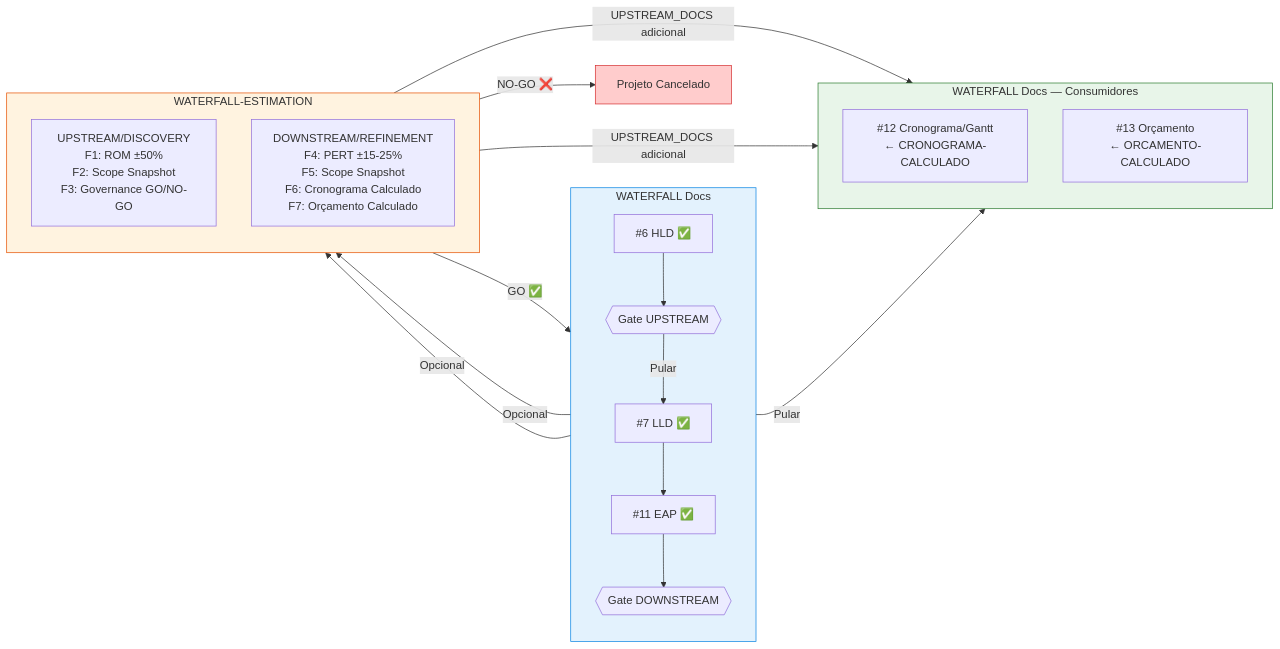
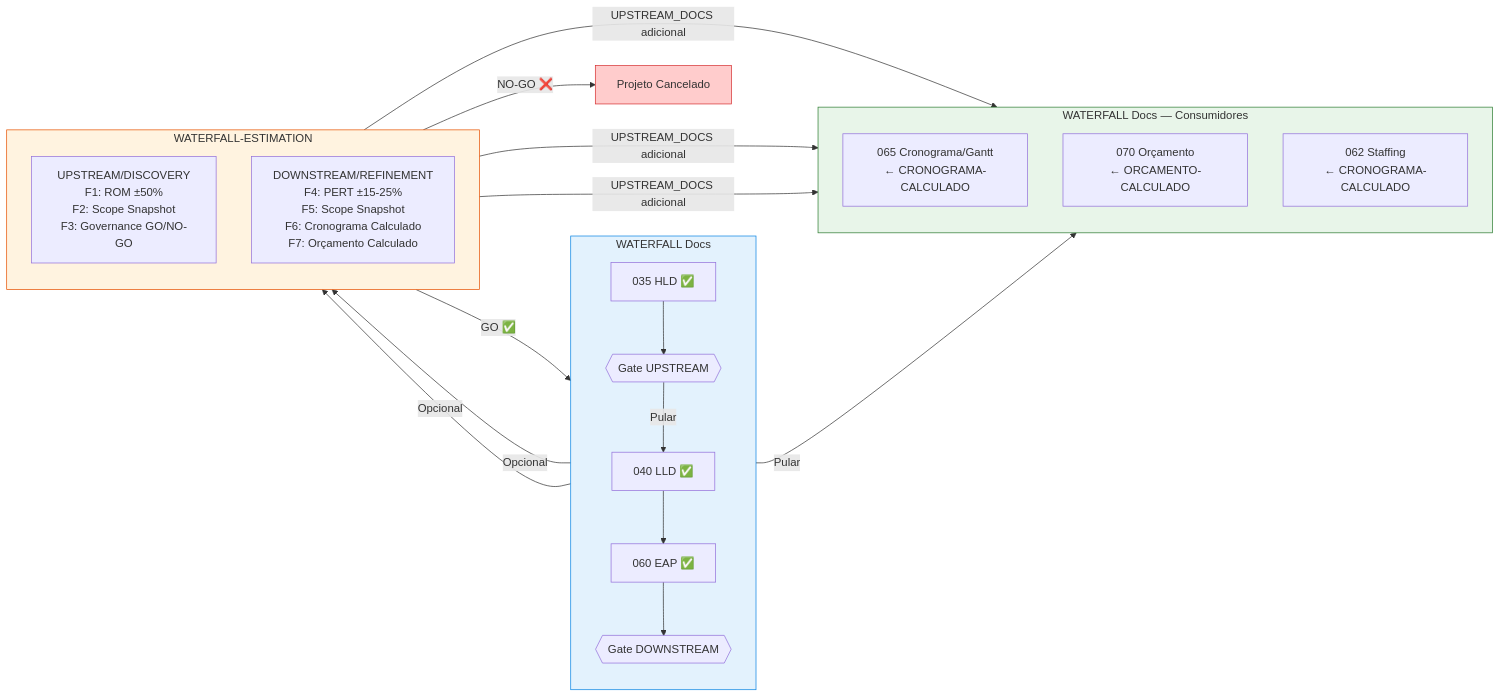
Before and after one commit to bolismar69/workspace-fbso: the ninth of 11 diagrams in .specs/prompts/project-documents-waterfall/FLOWCHART-PROMPT-ROADMAP-GENERATE-PROJECT-DOCUMENTS-WATERFALL.md, drawn with Mermaid. The commit also changed other lines of this file, not shown here.

First line of the commit message:
docs: flowchart do roadmap WATERFALL v3.0 — 6 fases, 38 documentos

````diff
--- a/.specs/prompts/project-documents-waterfall/FLOWCHART-PROMPT-ROADMAP-GENERATE-PROJECT-DOCUMENTS-WATERFALL.md
+++ b/.specs/prompts/project-documents-waterfall/FLOWCHART-PROMPT-ROADMAP-GENERATE-PROJECT-DOCUMENTS-WATERFALL.md
@@ -552,36 +730,38 @@
 ```mermaid
 flowchart LR
     subgraph WATERFALL["WATERFALL Docs"]
         direction TB
-        W06["#6 HLD ✅"] --> GATE1{{Gate UPSTREAM}}
-        W07["#7 LLD ✅"] --> W11["#11 EAP ✅"]
-        W11 --> GATE2{{Gate DOWNSTREAM}}
+        W035["035 HLD ✅"] --> GATE1{{Gate UPSTREAM}}
+        W040["040 LLD ✅"] --> W060["060 EAP ✅"]
+        W060 --> GATE2{{Gate DOWNSTREAM}}
     end
 
     subgraph ESTIMATION["WATERFALL-ESTIMATION"]
         direction TB
         UP["UPSTREAM/DISCOVERY<br/>F1: ROM ±50%<br/>F2: Scope Snapshot<br/>F3: Governance GO/NO-GO"]
         DOWN["DOWNSTREAM/REFINEMENT<br/>F4: PERT ±15-25%<br/>F5: Scope Snapshot<br/>F6: Cronograma Calculado<br/>F7: Orçamento Calculado"]
     end
 
     subgraph WATERFALL_OUT["WATERFALL Docs — Consumidores"]
         direction TB
-        W12["#12 Cronograma/Gantt<br/>← CRONOGRAMA-CALCULADO"]
-        W13["#13 Orçamento<br/>← ORCAMENTO-CALCULADO"]
+        W065["065 Cronograma/Gantt<br/>← CRONOGRAMA-CALCULADO"]
+        W070["070 Orçamento<br/>← ORCAMENTO-CALCULADO"]
+        W062["062 Staffing<br/>← CRONOGRAMA-CALCULADO"]
     end
 
     GATE1 -->|"Opcional"| UP
-    GATE1 -->|"Pular"| W07
-    UP -->|"GO ✅"| W07
+    GATE1 -->|"Pular"| W040
+    UP -->|"GO ✅"| W040
     UP -->|"NO-GO ❌"| CANCEL["Projeto Cancelado"]
 
     GATE2 -->|"Opcional"| DOWN
-    GATE2 -->|"Pular"| W12
-    DOWN -->|"UPSTREAM_DOCS adicional"| W12
-    DOWN -->|"UPSTREAM_DOCS adicional"| W13
+    GATE2 -->|"Pular"| W062
+    DOWN -->|"UPSTREAM_DOCS adicional"| W062
+    DOWN -->|"UPSTREAM_DOCS adicional"| W065
+    DOWN -->|"UPSTREAM_DOCS adicional"| W070
 
     style WATERFALL fill:#e3f2fd,stroke:#0984e3
     style ESTIMATION fill:#fff3e0,stroke:#e65100
     style WATERFALL_OUT fill:#e8f5e9,stroke:#2e7d32
     style CANCEL fill:#ffcccc,stroke:#d63031
 ```
````
